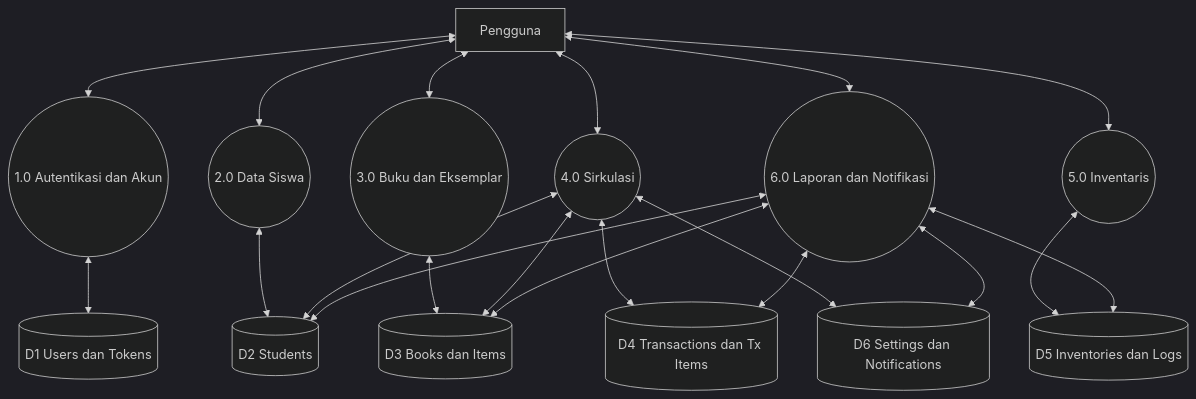
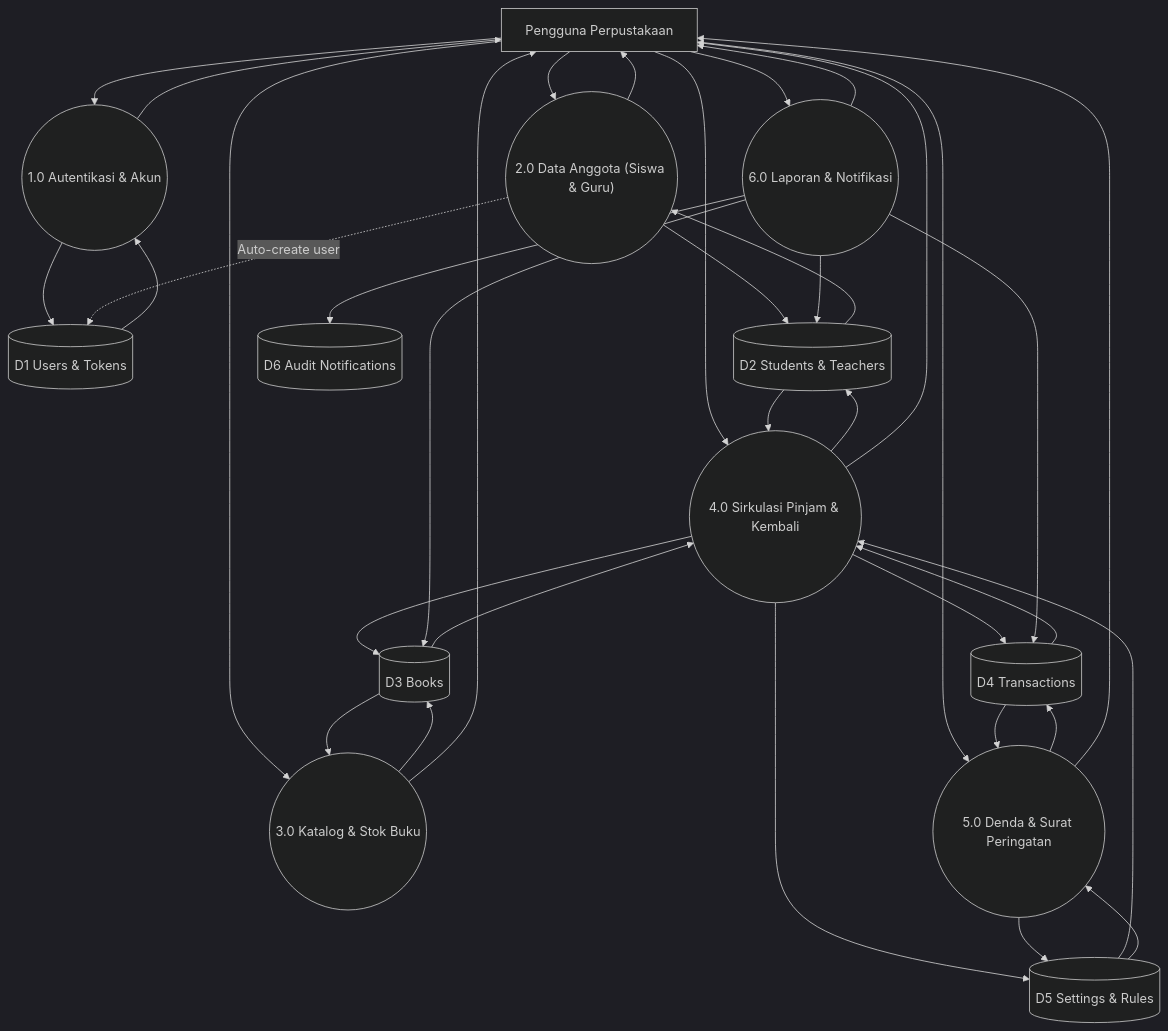
One commit to karinatantri/Perpustakaan changed the fifth of 16 diagrams in Readme.md. Above: the diagram before and after it, drawn with Mermaid (dark theme). The commit also changed other lines of this file and 27 other files, not shown here.

````diff
--- a/Readme.md
+++ b/Readme.md
@@ -255,31 +299,59 @@
 ```mermaid
 flowchart TB
-  U[Pengguna]
-  P1((1.0 Autentikasi dan Akun))
-  P2((2.0 Data Siswa))
-  P3((3.0 Buku dan Eksemplar))
-  P4((4.0 Sirkulasi))
-  P5((5.0 Inventaris))
-  P6((6.0 Laporan dan Notifikasi))
-  D1[(D1 Users dan Tokens)]
-  D2[(D2 Students)]
-  D3[(D3 Books dan Items)]
-  D4[(D4 Transactions dan Tx Items)]
-  D5[(D5 Inventories dan Logs)]
-  D6[(D6 Settings dan Notifications)]
-  U <--> P1 <--> D1
-  U <--> P2 <--> D2
-  U <--> P3 <--> D3
-  U <--> P4
-  P4 <--> D2
-  P4 <--> D3
-  P4 <--> D4
-  P4 <--> D6
-  U <--> P5 <--> D5
-  U <--> P6
-  P6 <--> D2
-  P6 <--> D3
-  P6 <--> D4
-  P6 <--> D5
-  P6 <--> D6
+  U["Pengguna Perpustakaan"]
+
+  P1(("1.0 Autentikasi & Akun"))
+  P2(("2.0 Data Anggota (Siswa & Guru)"))
+  P3(("3.0 Katalog & Stok Buku"))
+  P4(("4.0 Sirkulasi Pinjam & Kembali"))
+  P5(("5.0 Denda & Surat Peringatan"))
+  P6(("6.0 Laporan & Notifikasi"))
+
+  D1[("D1 Users & Tokens")]
+  D2[("D2 Students & Teachers")]
+  D3[("D3 Books")]
+  D4[("D4 Transactions")]
+  D5[("D5 Settings & Rules")]
+  D6[("D6 Audit Notifications")]
+
+  U --> P1
+  P1 --> D1
+  D1 --> P1
+  P1 --> U
+
+  U --> P2
+  P2 --> D2
+  D2 --> P2
+  P2 -.->|"Auto-create user"| D1
+  P2 --> U
+
+  U --> P3
+  P3 --> D3
+  D3 --> P3
+  P3 --> U
+
+  U --> P4
+  P4 --> D2
+  D2 --> P4
+  P4 --> D3
+  D3 --> P4
+  P4 --> D4
+  D4 --> P4
+  P4 --> D5
+  D5 --> P4
+  P4 --> U
+
+  U --> P5
+  P5 --> D4
+  D4 --> P5
+  P5 --> D5
+  D5 --> P5
+  P5 --> U
+
+  U --> P6
+  P6 --> D2
+  P6 --> D3
+  P6 --> D4
+  P6 --> D6
+  P6 --> U
 ```
````
